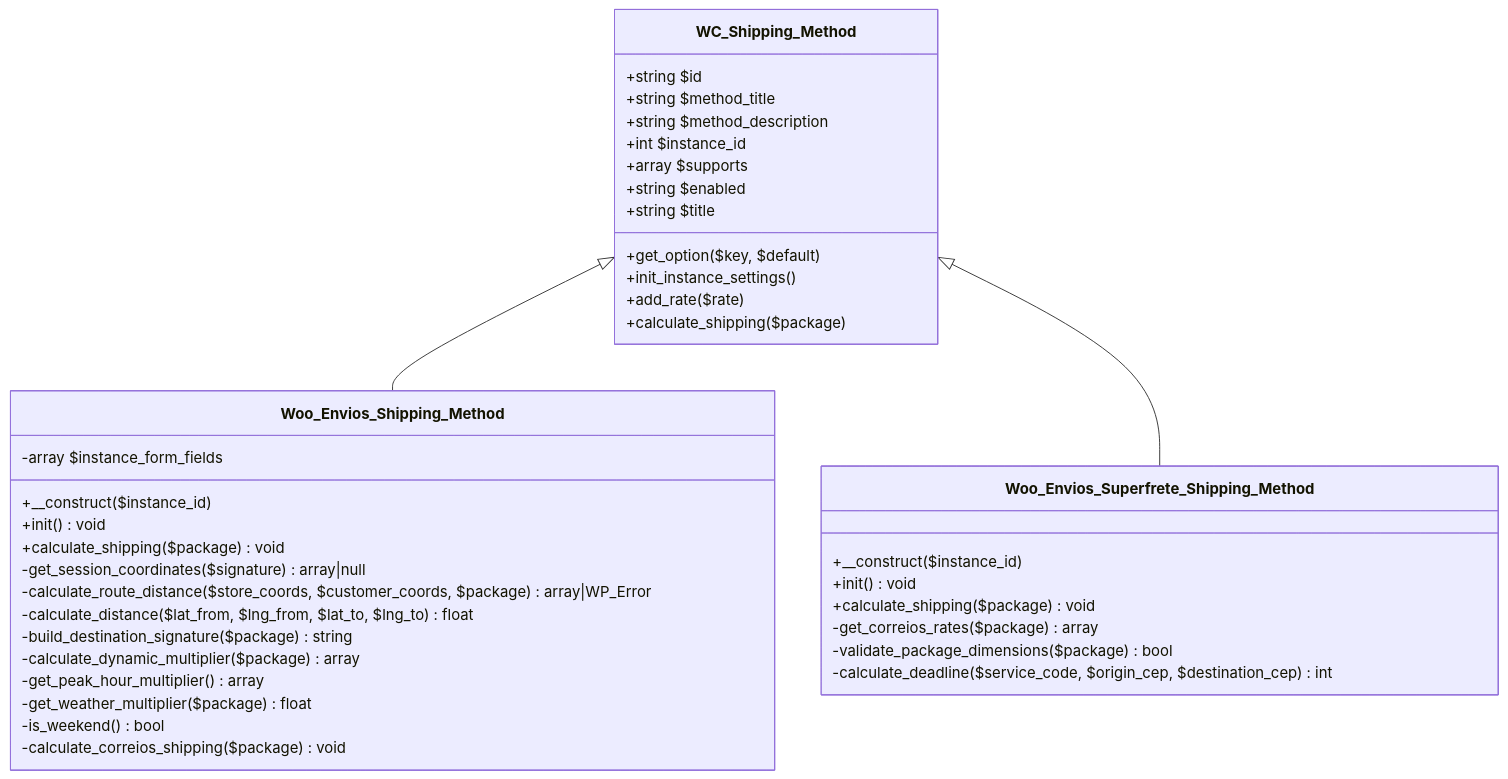
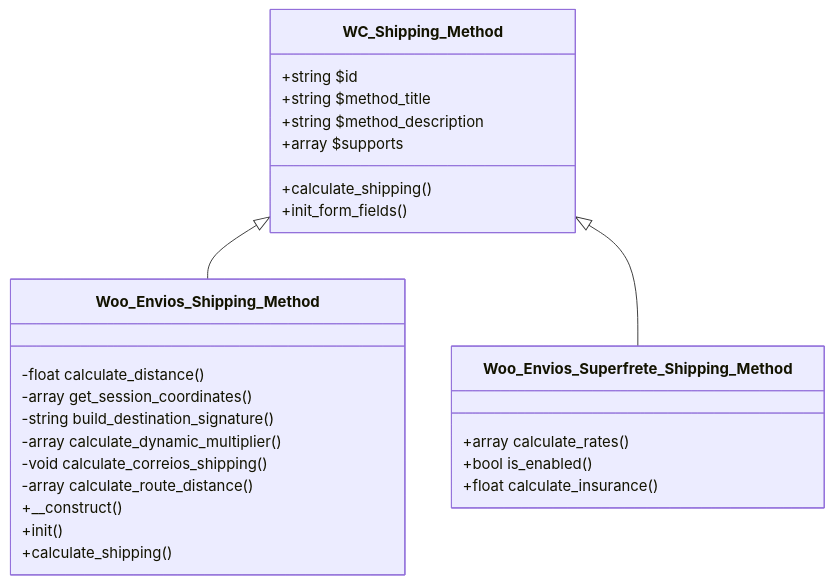
The second of 5 diagrams in docs/ARCHITECTURE.md (gustavofullstack/Woo_envios), drawn with Mermaid before and after one commit. The commit also changed other lines of this file and 5 other files, not shown here.

````diff
--- a/docs/ARCHITECTURE.md
+++ b/docs/ARCHITECTURE.md
@@ -148,44 +174,32 @@
 ```mermaid
 classDiagram
     class WC_Shipping_Method {
         +string $id
         +string $method_title
         +string $method_description
-        +int $instance_id
         +array $supports
-        +string $enabled
-        +string $title
-        +get_option($key, $default)
-        +init_instance_settings()
-        +add_rate($rate)
-        +calculate_shipping($package)
+        +calculate_shipping()
+        +init_form_fields()
     }
     
     class Woo_Envios_Shipping_Method {
-        -array $instance_form_fields
-        +__construct($instance_id)
-        +init() void
-        +calculate_shipping($package) void
-        -get_session_coordinates($signature) array|null
-        -calculate_route_distance($store_coords, $customer_coords, $package) array|WP_Error
-        -calculate_distance($lat_from, $lng_from, $lat_to, $lng_to) float
-        -build_destination_signature($package) string
-        -calculate_dynamic_multiplier($package) array
-        -get_peak_hour_multiplier() array
-        -get_weather_multiplier($package) float
-        -is_weekend() bool
-        -calculate_correios_shipping($package) void
+        -float calculate_distance()
+        -array get_session_coordinates()
+        -string build_destination_signature()
+        -array calculate_dynamic_multiplier()
+        -void calculate_correios_shipping()
+        -array calculate_route_distance()
+        +__construct()
+        +init()
+        +calculate_shipping()
     }
     
     class Woo_Envios_Superfrete_Shipping_Method {
-        +__construct($instance_id)
-        +init() void
-        +calculate_shipping($package) void
-        -get_correios_rates($package) array
-        -validate_package_dimensions($package) bool
-        -calculate_deadline($service_code, $origin_cep, $destination_cep) int
+        +array calculate_rates()
+        +bool is_enabled()
+        +float calculate_insurance()
     }
     
     WC_Shipping_Method <|-- Woo_Envios_Shipping_Method
     WC_Shipping_Method <|-- Woo_Envios_Superfrete_Shipping_Method
 ```
````
